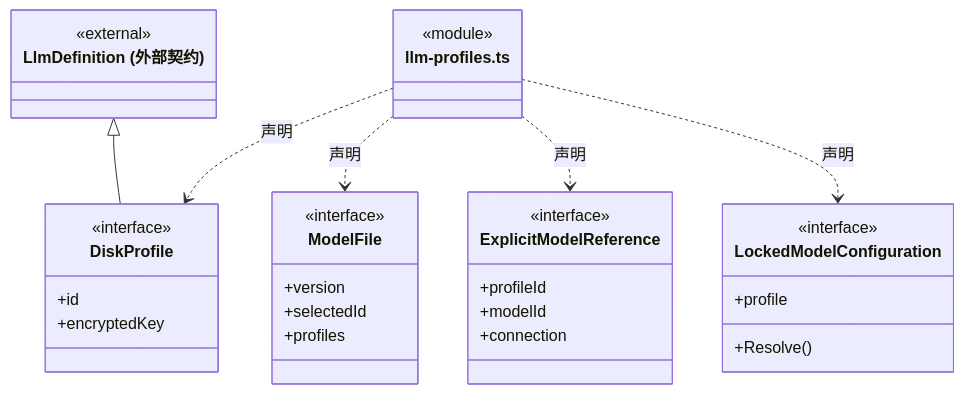
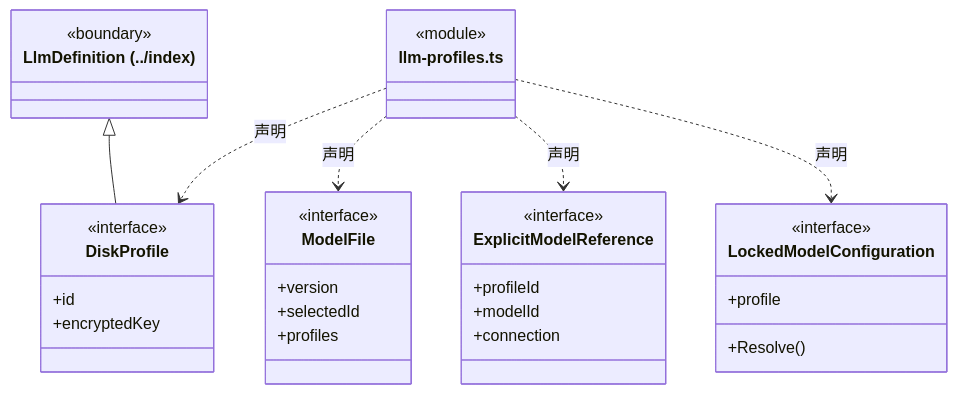
The second of 5 diagrams in src/logic/models/service/ARCHITECTURE.md (nan023062/cbim), drawn with Mermaid before and after one commit. The commit also changed other lines of this file and 112 other files, not shown here.

Commit message:
docs: align source architecture with current declarations and contracts

````diff
--- a/src/logic/models/service/ARCHITECTURE.md
+++ b/src/logic/models/service/ARCHITECTURE.md
@@ -70,36 +70,36 @@
 ```mermaid
 classDiagram
 class N_src_logic_models_service_llm_profiles_ts["llm-profiles.ts"] {
   <<module>>
 }
 class N_src_logic_models_service_llm_profiles_ts_DiskProfile["DiskProfile"] {
   <<interface>>
   +id
   +encryptedKey
 }
 N_src_logic_models_service_llm_profiles_ts ..> N_src_logic_models_service_llm_profiles_ts_DiskProfile : 声明
-class N_src_logic_models_service_llm_profiles_ts_external_LlmDefinition["LlmDefinition (外部契约)"] {
-  <<external>>
+class N_src_logic_models_service_llm_profiles_ts_external_LlmDefinition["LlmDefinition (../index)"] {
+  <<boundary>>
 }
 N_src_logic_models_service_llm_profiles_ts_external_LlmDefinition <|-- N_src_logic_models_service_llm_profiles_ts_DiskProfile
 class N_src_logic_models_service_llm_profiles_ts_ModelFile["ModelFile"] {
   <<interface>>
   +version
   +selectedId
   +profiles
 }
 N_src_logic_models_service_llm_profiles_ts ..> N_src_logic_models_service_llm_profiles_ts_ModelFile : 声明
 class N_src_logic_models_service_llm_profiles_ts_ExplicitModelReference["ExplicitModelReference"] {
   <<interface>>
   +profileId
   +modelId
   +connection
 }
 N_src_logic_models_service_llm_profiles_ts ..> N_src_logic_models_service_llm_profiles_ts_ExplicitModelReference : 声明
 class N_src_logic_models_service_llm_profiles_ts_LockedModelConfiguration["LockedModelConfiguration"] {
   <<interface>>
   +profile
   +Resolve()
 }
 N_src_logic_models_service_llm_profiles_ts ..> N_src_logic_models_service_llm_profiles_ts_LockedModelConfiguration : 声明
 ```
````
